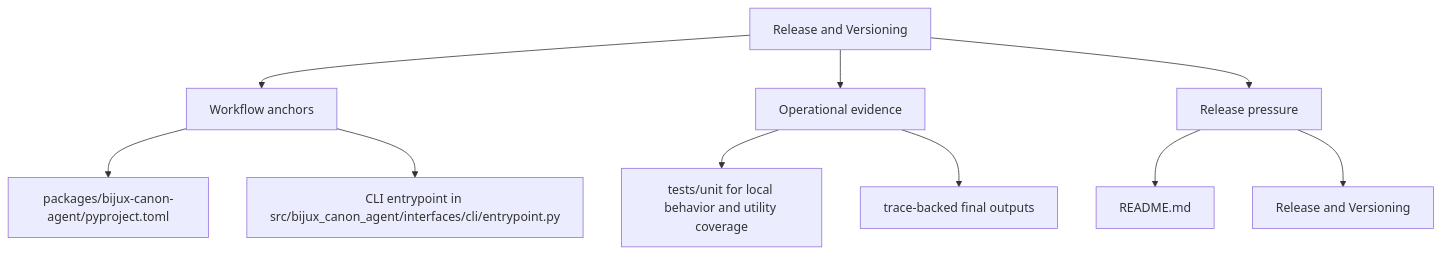
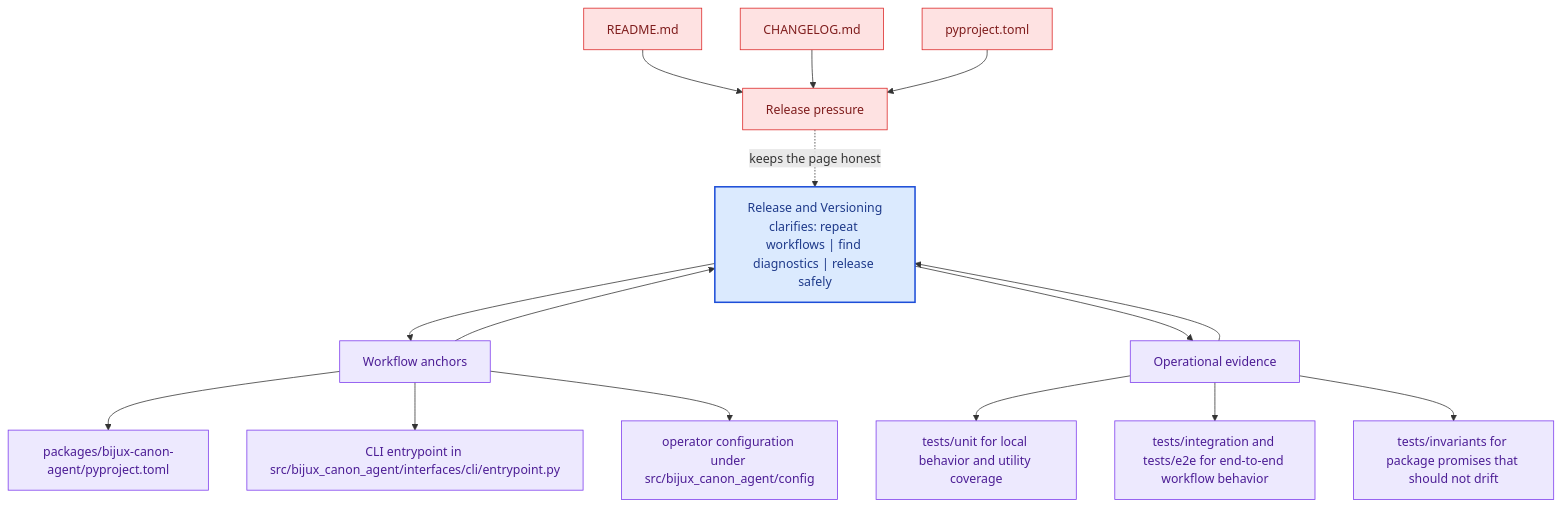
One commit to bijux/bijux-canon changed the second of 2 diagrams in docs/bijux-canon-agent/operations/release-and-versioning.md. Above: the diagram before and after it, drawn with Mermaid. The commit also changed other lines of this file and 281 other files, not shown here.

Commit message:
docs(diagrams): deepen handbook mermaid maps across the catalog

````diff
--- a/docs/bijux-canon-agent/operations/release-and-versioning.md
+++ b/docs/bijux-canon-agent/operations/release-and-versioning.md
@@ -35,22 +68,41 @@
 ```mermaid
-flowchart TD
-    page["Release and Versioning"]
+flowchart TB
+    promise["Release and Versioning<br/>clarifies: repeat workflows | find diagnostics | release safely"]
+    classDef promise fill:#dbeafe,stroke:#1d4ed8,color:#1e3a8a,stroke-width:2px;
+    classDef driver fill:#dcfce7,stroke:#16a34a,color:#14532d;
+    classDef constraint fill:#fee2e2,stroke:#dc2626,color:#7f1d1d;
+    classDef ground fill:#ede9fe,stroke:#7c3aed,color:#4c1d95;
     focus1["Workflow anchors"]
-    page --> focus1
+    focus1 --> promise
+    promise --> focus1
     focus1_1["packages/bijux-canon-agent/pyproject.toml"]
     focus1 --> focus1_1
     focus1_2["CLI entrypoint in src/bijux_canon_agent/interfaces/cli/entrypoint.py"]
     focus1 --> focus1_2
+    focus1_3["operator configuration under src/bijux_canon_agent/config"]
+    focus1 --> focus1_3
+    class focus1 ground;
+    class focus1_1,focus1_2,focus1_3 ground;
     focus2["Operational evidence"]
-    page --> focus2
+    focus2 --> promise
+    promise --> focus2
     focus2_1["tests/unit for local behavior and utility coverage"]
     focus2 --> focus2_1
-    focus2_2["trace-backed final outputs"]
+    focus2_2["tests/integration and tests/e2e for end-to-end workflow behavior"]
     focus2 --> focus2_2
+    focus2_3["tests/invariants for package promises that should not drift"]
+    focus2 --> focus2_3
+    class focus2 ground;
+    class focus2_1,focus2_2,focus2_3 ground;
     focus3["Release pressure"]
-    page --> focus3
+    focus3 -.keeps the page honest.-> promise
     focus3_1["README.md"]
-    focus3 --> focus3_1
-    focus3_2["Release and Versioning"]
-    focus3 --> focus3_2
+    focus3_1 --> focus3
+    focus3_2["CHANGELOG.md"]
+    focus3_2 --> focus3
+    focus3_3["pyproject.toml"]
+    focus3_3 --> focus3
+    class focus3 constraint;
+    class focus3_1,focus3_2,focus3_3 constraint;
+    class promise promise;
 ```
````
